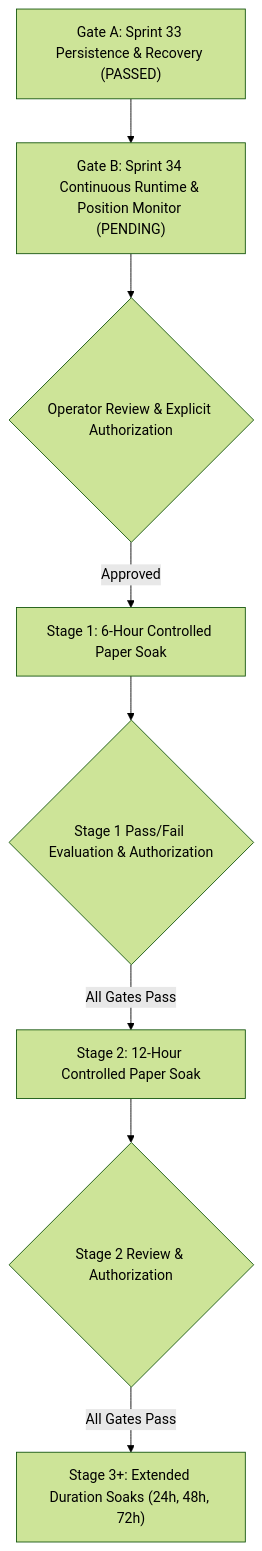
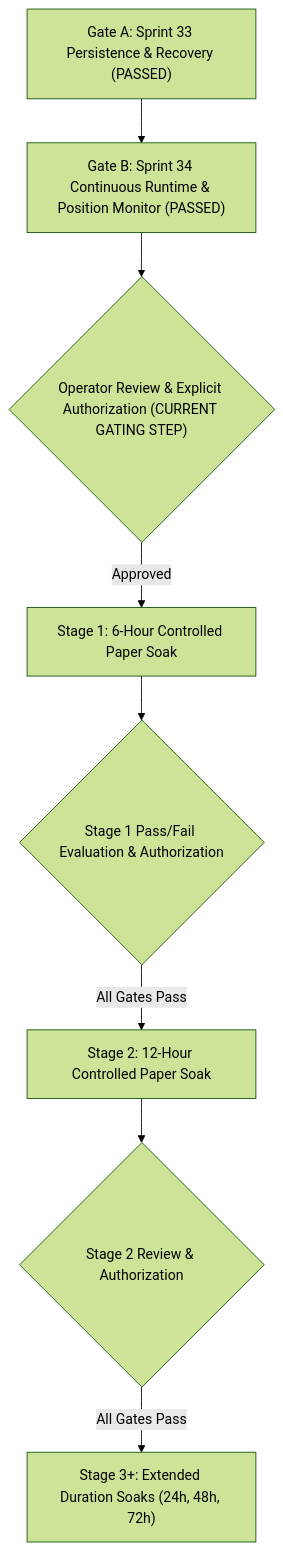
The diagram in docs/paper_soak_staged_readiness.md (athena-humau/athena-core), drawn with Mermaid (forest theme) before and after one commit. The commit also changed other lines of this file and 6 other files, not shown here.

Commit message:
feat: continuous runtime, active position monitoring, safe shutdown, and staged soak readiness

````diff
--- a/docs/paper_soak_staged_readiness.md
+++ b/docs/paper_soak_staged_readiness.md
@@ -22,19 +22,19 @@
 ```mermaid
 flowchart TD
     GateA["Gate A: Sprint 33 Persistence & Recovery (PASSED)"]
-    GateB["Gate B: Sprint 34 Continuous Runtime & Position Monitor (PENDING)"]
-    ReviewB{"Operator Review & Explicit Authorization"}
+    GateB["Gate B: Sprint 34 Continuous Runtime & Position Monitor (PASSED)"]
+    ReviewB{"Operator Review & Explicit Authorization (CURRENT GATING STEP)"}
     Stage1["Stage 1: 6-Hour Controlled Paper Soak"]
     Review1{"Stage 1 Pass/Fail Evaluation & Authorization"}
     Stage2["Stage 2: 12-Hour Controlled Paper Soak"]
     Review2{"Stage 2 Review & Authorization"}
     Stage3["Stage 3+: Extended Duration Soaks (24h, 48h, 72h)"]
 
     GateA --> GateB
     GateB --> ReviewB
     ReviewB -->|Approved| Stage1
     Stage1 --> Review1
     Review1 -->|All Gates Pass| Stage2
     Stage2 --> Review2
     Review2 -->|All Gates Pass| Stage3
 ```
````
